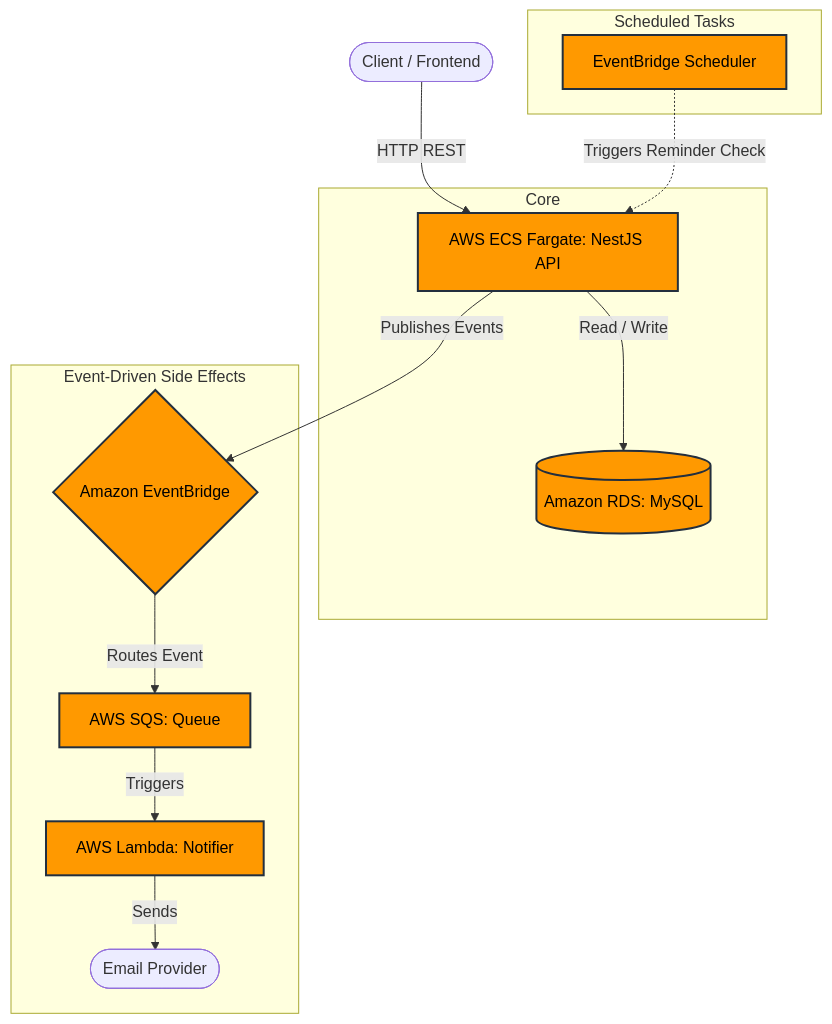
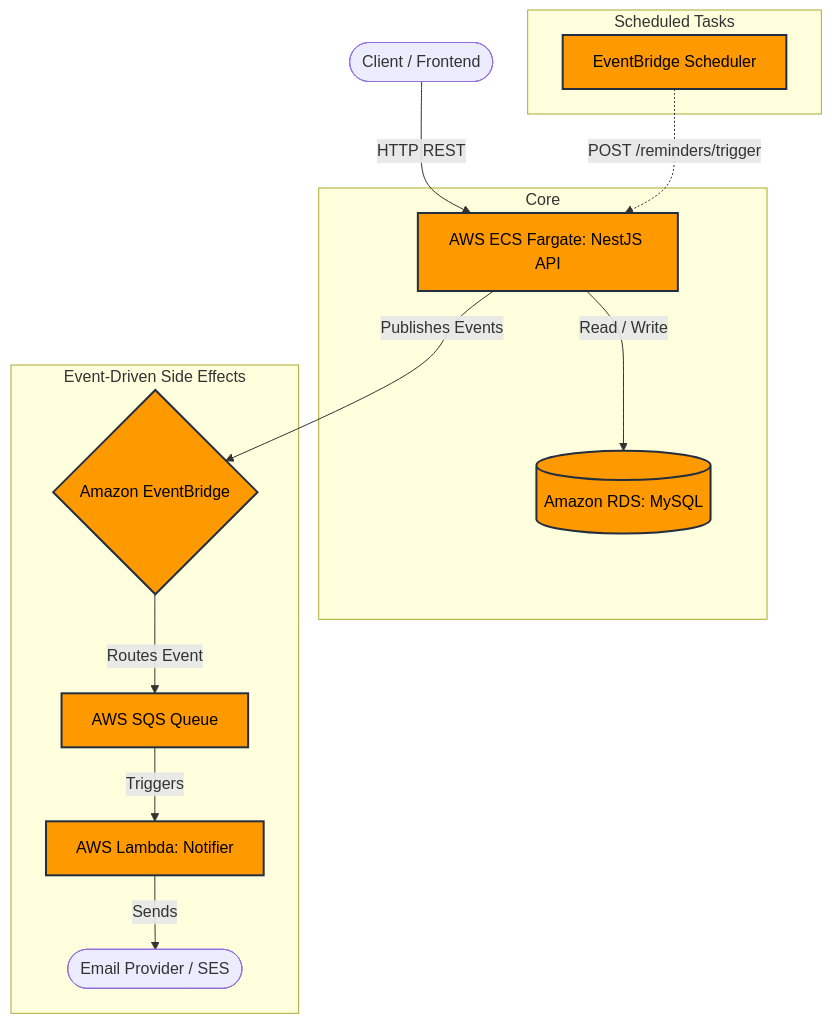
Before and after one commit to adolfo9castro/event-driven-task-management: the diagram in README.md, drawn with Mermaid. The commit also changed other lines of this file and 4 other files, not shown here.

````diff
--- a/README.md
+++ b/README.md
@@ -14,22 +23,22 @@
 ```mermaid
 graph TD
     Client([Client / Frontend]) -->|HTTP REST| API[AWS ECS Fargate: NestJS API]
-    
+
     subgraph Core
         API -->|Read / Write| DB[(Amazon RDS: MySQL)]
     end
-    
+
     subgraph Event-Driven Side Effects
         API -->|Publishes Events| EB{Amazon EventBridge}
-        EB -->|Routes Event| SQS[AWS SQS: Queue]
+        EB -->|Routes Event| SQS[AWS SQS Queue]
         SQS -->|Triggers| Lambda[AWS Lambda: Notifier]
-        Lambda -->|Sends| Email([Email Provider])
+        Lambda -->|Sends| Email([Email Provider / SES])
     end
-    
+
     subgraph Scheduled Tasks
-        Cron[EventBridge Scheduler] -.->|Triggers Reminder Check| API
+        Cron[EventBridge Scheduler] -.->|POST /reminders/trigger| API
     end
 
     classDef aws fill:#FF9900,stroke:#232F3E,stroke-width:2px,color:black;
     class API,DB,EB,SQS,Lambda,Cron aws;
 ```
````
